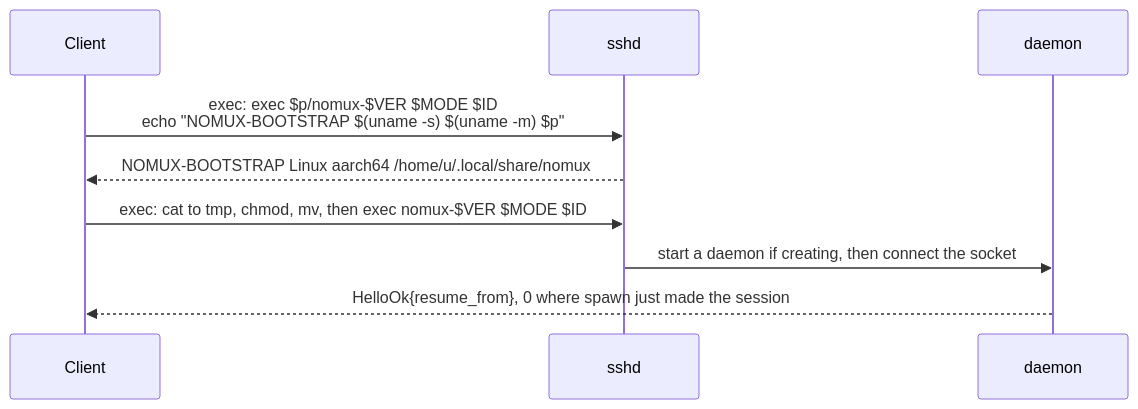
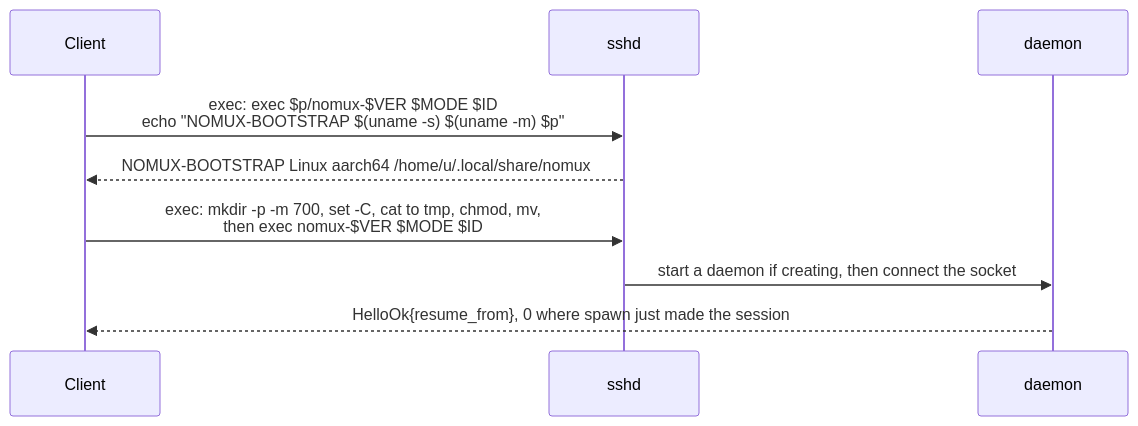
One commit to fornwall/nomux changed the fourth of 4 diagrams in DESIGN.md. Above: the diagram before and after it, drawn with Mermaid. The commit also changed other lines of this file and 4 other files, not shown here.

````diff
--- a/DESIGN.md
+++ b/DESIGN.md
@@ -255,11 +223,11 @@
 ```mermaid
 sequenceDiagram
   participant C as Client
   participant S as sshd
   participant D as daemon
   C->>S: exec: exec $p/nomux-$VER $MODE $ID<br/>echo "NOMUX-BOOTSTRAP $(uname -s) $(uname -m) $p"
   S-->>C: NOMUX-BOOTSTRAP Linux aarch64 /home/u/.local/share/nomux
-  C->>S: exec: cat to tmp, chmod, mv, then exec nomux-$VER $MODE $ID
+  C->>S: exec: mkdir -p -m 700, set -C, cat to tmp, chmod, mv,<br/>then exec nomux-$VER $MODE $ID
   S->>D: start a daemon if creating, then connect the socket
   D-->>C: HelloOk{resume_from}, 0 where spawn just made the session
 ```
````
